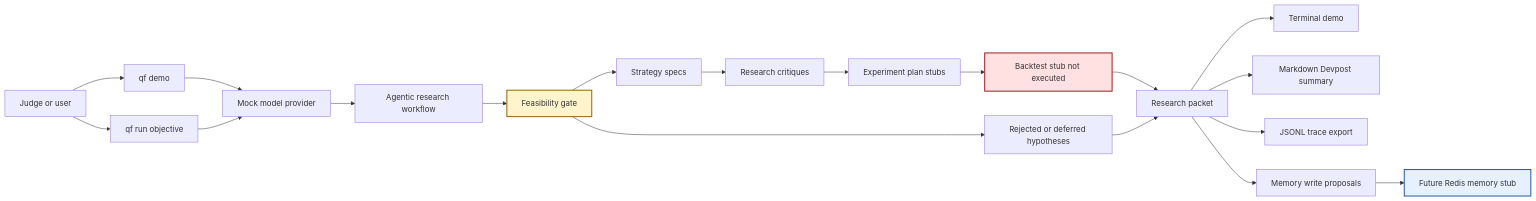
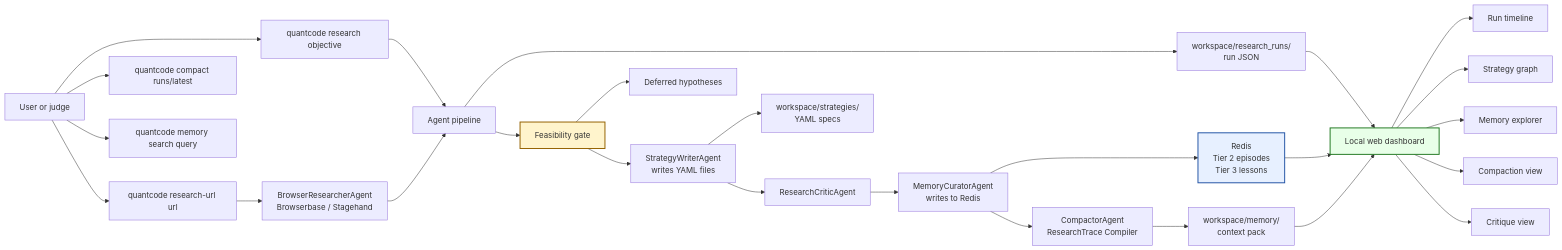
One commit to Ayush-Agarwal07/quant-code changed the first of 5 diagrams in docs/system_design_diagram.md. Above: the diagram before and after it, drawn with Mermaid. The commit also changed other lines of this file and 3 other files, not shown here.

First line of the commit message:
Refresh architecture docs for QuantCode hackathon vision

````diff
--- a/docs/system_design_diagram.md
+++ b/docs/system_design_diagram.md
@@ -13,25 +5,38 @@
 ```mermaid
 flowchart LR
-    A["Judge or user"] --> B["qf demo"]
-    A --> C["qf run objective"]
-    B --> D["Mock model provider"]
-    C --> D
-    D --> E["Agentic research workflow"]
-    E --> F["Feasibility gate"]
-    F --> G["Strategy specs"]
-    F --> H["Rejected or deferred hypotheses"]
-    G --> I["Research critiques"]
-    I --> J["Experiment plan stubs"]
-    J --> K["Backtest stub not executed"]
-    K --> L["Research packet"]
-    H --> L
-    L --> M["Terminal demo"]
-    L --> N["Markdown Devpost summary"]
-    L --> O["JSONL trace export"]
-    L --> P["Memory write proposals"]
-    P --> Q["Future Redis memory stub"]
+    A["User or judge"] --> B["quantcode research objective"]
+    A --> C["quantcode research-url url"]
+    A --> D["quantcode compact runs/latest"]
+    A --> E["quantcode memory search query"]
 
-    style F fill:#fff4cc,stroke:#946200,stroke-width:2px
-    style K fill:#ffe1e1,stroke:#9b1c1c,stroke-width:2px
-    style Q fill:#e7f0ff,stroke:#2455a6,stroke-width:2px
+    B --> F["Agent pipeline"]
+    C --> G["BrowserResearcherAgent\nBrowserbase / Stagehand"]
+    G --> F
+
+    F --> H["Feasibility gate"]
+    H --> I["StrategyWriterAgent\nwrites YAML files"]
+    H --> J["Deferred hypotheses"]
+
+    I --> K["ResearchCriticAgent"]
+    K --> L["MemoryCuratorAgent\nwrites to Redis"]
+    L --> M["CompactorAgent\nResearchTrace Compiler"]
+
+    M --> N["workspace/memory/\ncontext pack"]
+    L --> O["Redis\nTier 2 episodes\nTier 3 lessons"]
+    I --> P["workspace/strategies/\nYAML specs"]
+    F --> Q["workspace/research_runs/\nrun JSON"]
+
+    Q --> R["Local web dashboard"]
+    O --> R
+    N --> R
+
+    R --> S["Run timeline"]
+    R --> T["Strategy graph"]
+    R --> U["Memory explorer"]
+    R --> V["Compaction view"]
+    R --> W["Critique view"]
+
+    style H fill:#fff4cc,stroke:#946200,stroke-width:2px
+    style O fill:#e7f0ff,stroke:#2455a6,stroke-width:2px
+    style R fill:#e8ffe8,stroke:#247a24,stroke-width:2px
 ```
````
